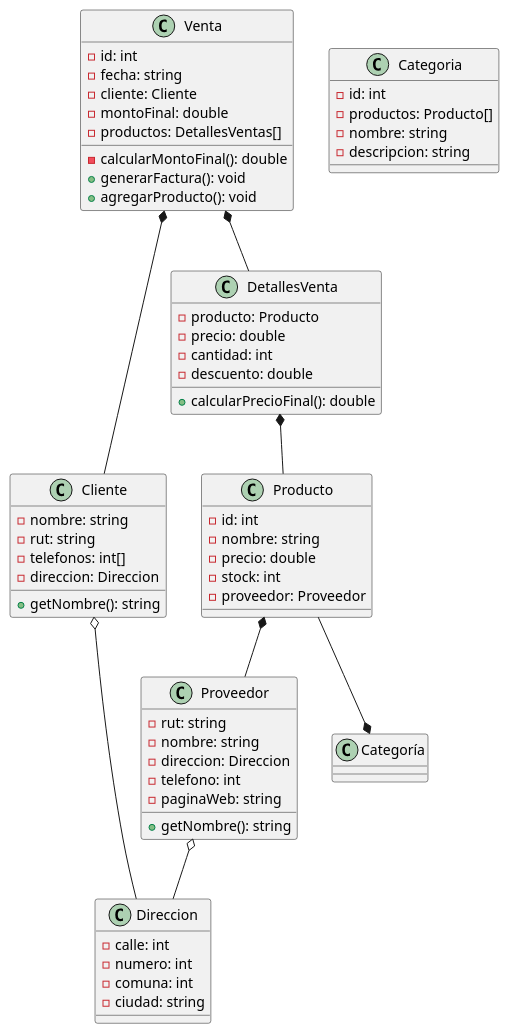
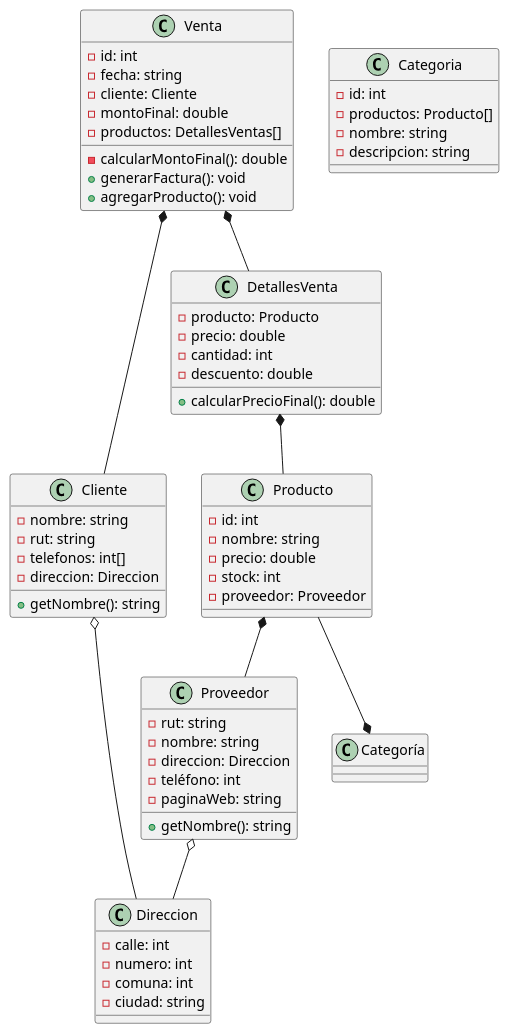
The diagram in primero.puml (jorge1b3/UMLBasesDeDatos1), drawn with PlantUML before and after one commit.

```diff
--- a/primero.puml
+++ b/primero.puml
@@ -1,62 +1,62 @@
 @startuml Primero
 class Proveedor{
 	-rut: string 
 	-nombre: string 
 	-direccion: Direccion 
-	-telefono: int 
+	-teléfono: int 
 	-paginaWeb: string 
 	+getNombre(): string 
 }
 class Cliente{
 	-nombre: string 
 	-rut: string 
 	-telefonos: int[]
 	-direccion: Direccion
 	+getNombre(): string
 }	
 class Direccion{
 	-calle: int 
 	-numero: int 
 	-comuna: int 
 	-ciudad: string 
 }
 class Producto{
 	-id: int 
 	-nombre: string 
 	-precio: double 
 	-stock: int 
 	-proveedor: Proveedor 
 }
 class Categoria{
 	-id: int 
 	-productos: Producto[]
 	-nombre: string 
 	-descripcion: string 
 	
 }
 class Venta{
 	-id: int 
 	-fecha: string 
 	-cliente: Cliente 
 	-montoFinal: double
 	-productos: DetallesVentas[]
 	-calcularMontoFinal(): double
 	+generarFactura(): void
 	+agregarProducto(): void 
 }
 class DetallesVenta{
 	-producto: Producto
 	-precio: double
 	-cantidad: int
 	-descuento: double
 	+calcularPrecioFinal(): double
 }
 
 Proveedor o-- Direccion
 Cliente o-- Direccion
 Producto *-- Proveedor
 Venta *-- DetallesVenta
 Producto --* Categoría
 DetallesVenta *-- Producto
 Venta *-- Cliente
 @enduml
```
